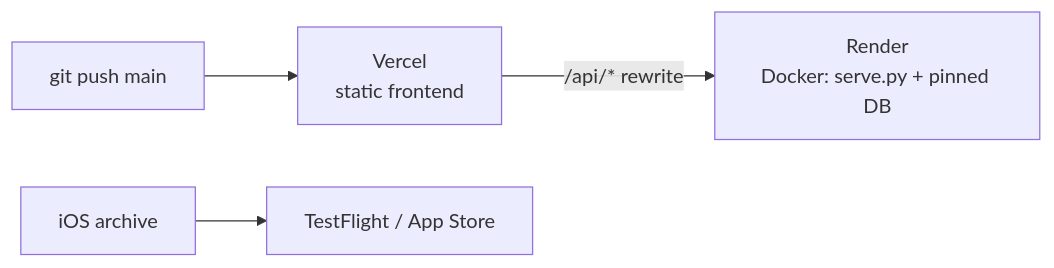
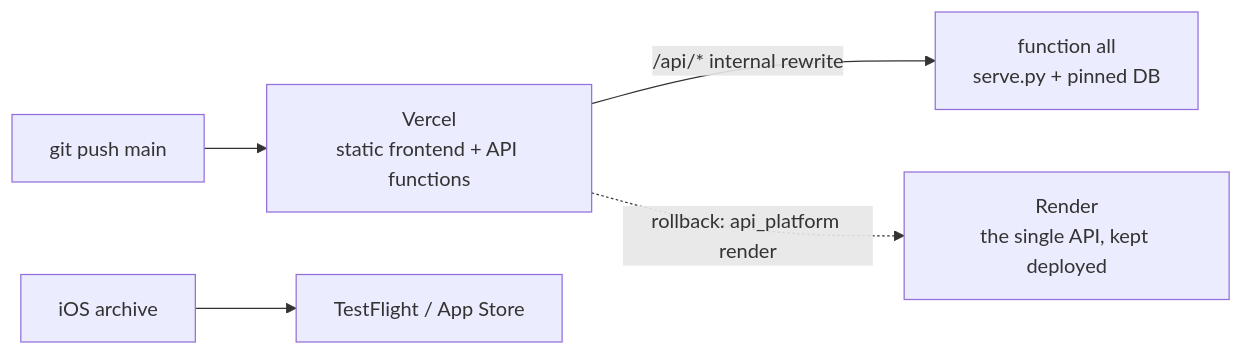
The third of 3 diagrams in docs/architecture/overview.md (Algorythmos-AI/sggs-knowledge-base), drawn with Mermaid before and after one commit. The commit also changed other lines of this file and 2 other files, not shown here.

First line of the commit message:
docs(wiki): the architecture pages describe production on the Vercel functions (found by docs-freshness)

````diff
--- a/docs/architecture/overview.md
+++ b/docs/architecture/overview.md
@@ -72,9 +72,10 @@
 ```mermaid
 flowchart LR
     accTitle: Production deployment
-    accDescr: A push to main deploys the static frontend on Vercel, which rewrites /api to the Render service; the iOS archive ships through TestFlight to the App Store.
-    dev[git push main] --> vercel[Vercel<br/>static frontend]
-    vercel -->|/api/* rewrite| render[Render<br/>Docker: serve.py + pinned DB]
+    accDescr: A push to main deploys one Vercel project holding the static frontend and the API as Python functions; /api is rewritten internally to the all function, which serves the pinned database; the Render single API stays deployed as the rollback target; the iOS archive ships through TestFlight to the App Store.
+    dev[git push main] --> vercel[Vercel<br/>static frontend + API functions]
+    vercel -->|/api/* internal rewrite| fn[function all<br/>serve.py + pinned DB]
+    vercel -.->|rollback: api_platform render| render[Render<br/>the single API, kept deployed]
     ios2[iOS archive] --> tf[TestFlight / App Store]
     classDef n fill:#FDF6E3,color:#201A12,stroke:#A87900;
 ```
````
